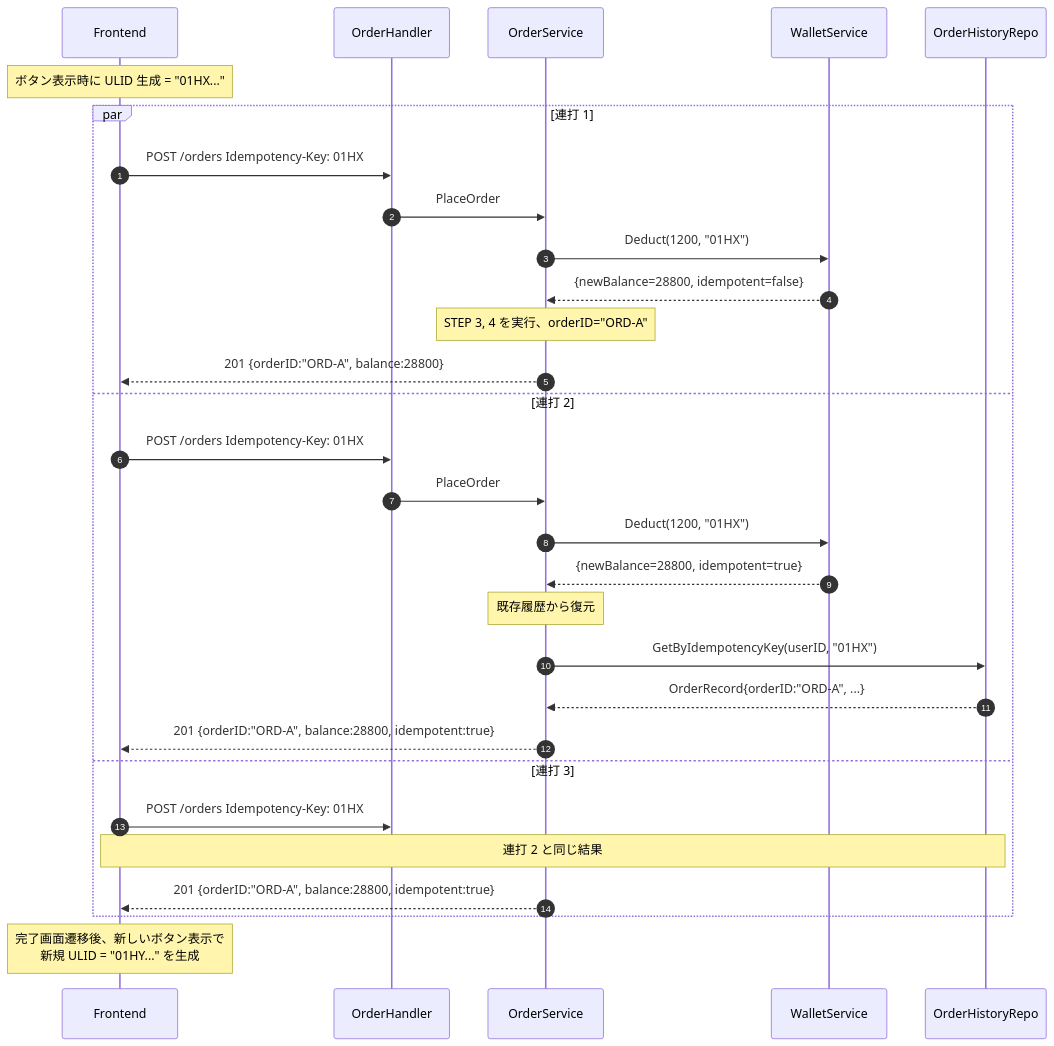
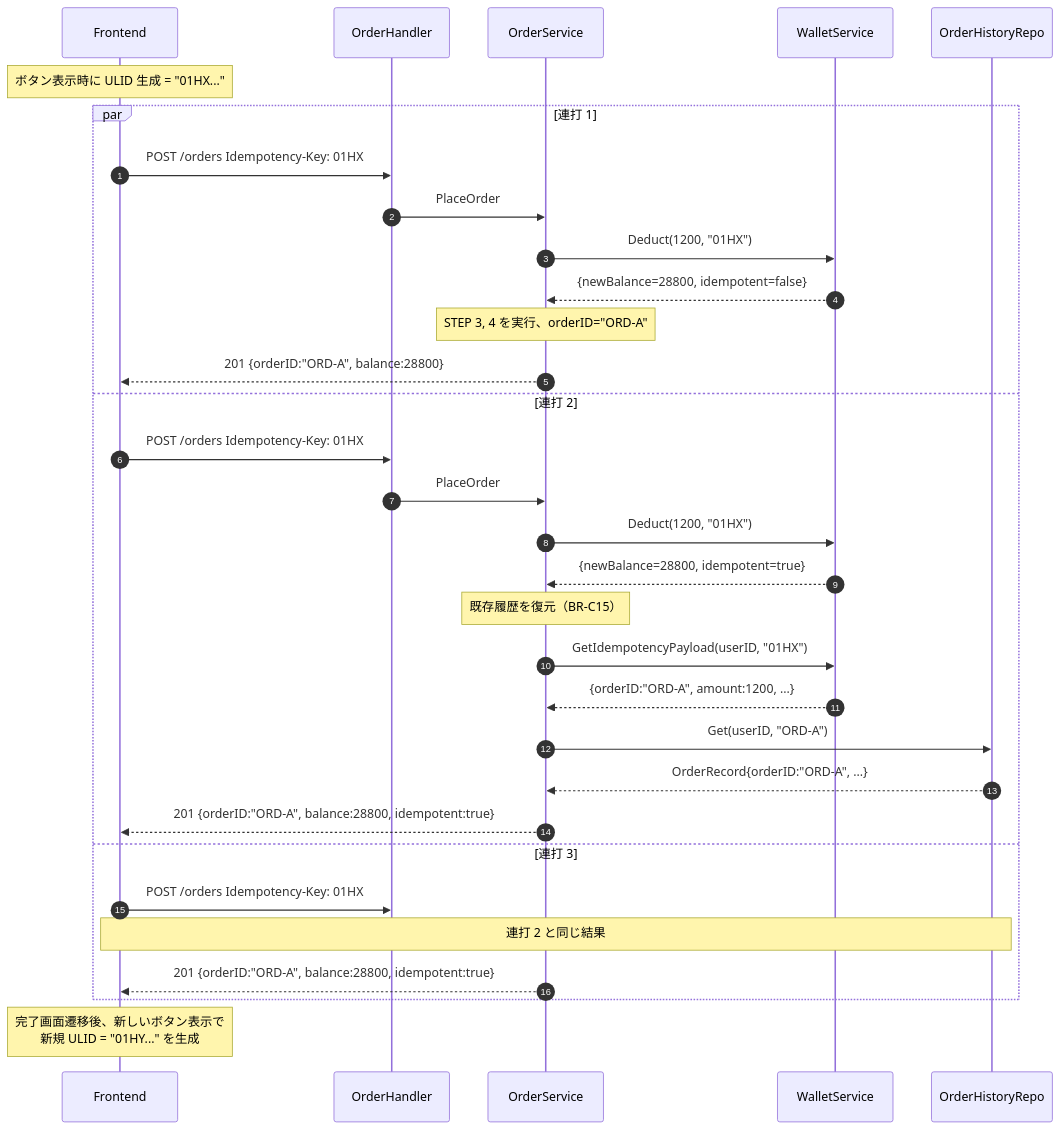
One commit to ryotinjpn/goro2pay changed the fourth of 7 diagrams in aidlc-docs/construction/order/functional-design/business-logic-model.md. Above: the diagram before and after it, drawn with Mermaid. The commit also changed other lines of this file, not shown here.

````diff
--- a/aidlc-docs/construction/order/functional-design/business-logic-model.md
+++ b/aidlc-docs/construction/order/functional-design/business-logic-model.md
@@ -251,35 +260,37 @@
 ```mermaid
 sequenceDiagram
     autonumber
     participant FE as Frontend
     participant API as OrderHandler
     participant OS as OrderService
     participant WS as WalletService
     participant OH as OrderHistoryRepo
 
     Note over FE: ボタン表示時に ULID 生成 = "01HX..."
 
     par 連打 1
         FE->>API: POST /orders Idempotency-Key: 01HX
         API->>OS: PlaceOrder
         OS->>WS: Deduct(1200, "01HX")
         WS-->>OS: {newBalance=28800, idempotent=false}
         Note over OS: STEP 3, 4 を実行、orderID="ORD-A"
         OS-->>FE: 201 {orderID:"ORD-A", balance:28800}
     and 連打 2
         FE->>API: POST /orders Idempotency-Key: 01HX
         API->>OS: PlaceOrder
         OS->>WS: Deduct(1200, "01HX")
         WS-->>OS: {newBalance=28800, idempotent=true}
-        Note over OS: 既存履歴から復元
-        OS->>OH: GetByIdempotencyKey(userID, "01HX")
+        Note over OS: 既存履歴を復元（BR-C15）
+        OS->>WS: GetIdempotencyPayload(userID, "01HX")
+        WS-->>OS: {orderID:"ORD-A", amount:1200, ...}
+        OS->>OH: Get(userID, "ORD-A")
         OH-->>OS: OrderRecord{orderID:"ORD-A", ...}
         OS-->>FE: 201 {orderID:"ORD-A", balance:28800, idempotent:true}
     and 連打 3
         FE->>API: POST /orders Idempotency-Key: 01HX
         Note over FE,OH: 連打 2 と同じ結果
         OS-->>FE: 201 {orderID:"ORD-A", balance:28800, idempotent:true}
     end
 
     Note over FE: 完了画面遷移後、新しいボタン表示で<br/>新規 ULID = "01HY..." を生成
 ```
````
